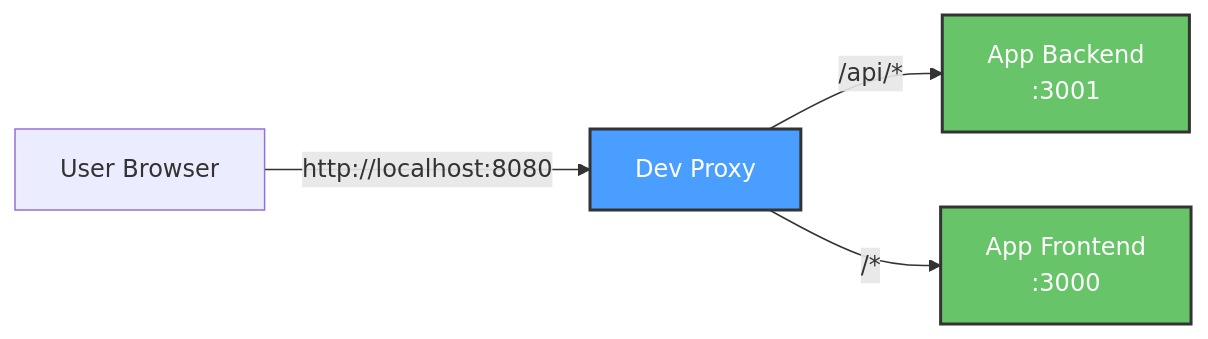
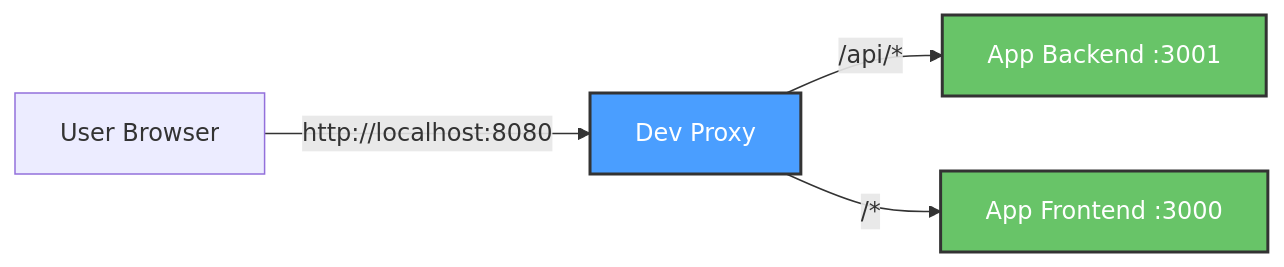
Before and after one commit to softwarewrighter/dev-proxy: the diagram in wiki/Home.md, drawn with Mermaid. The commit also changed 6 other files, not shown here.

First line of the commit message:
Fix wiki Mermaid diagrams: remove <br/> tags

````diff
--- a/wiki/Home.md
+++ b/wiki/Home.md
@@ -50,10 +50,10 @@
 ```mermaid
 graph LR
     User[User Browser] -->|http://localhost:8080| Proxy[Dev Proxy]
-    Proxy -->|/api/*| Backend[App Backend<br/>:3001]
-    Proxy -->|/*| Frontend[App Frontend<br/>:3000]
+    Proxy -->|/api/*| Backend[App Backend :3001]
+    Proxy -->|/*| Frontend[App Frontend :3000]
 
     style Proxy fill:#4a9eff,stroke:#333,stroke-width:2px,color:#fff
     style Backend fill:#68c468,stroke:#333,stroke-width:2px,color:#fff
     style Frontend fill:#68c468,stroke:#333,stroke-width:2px,color:#fff
 ```
````
